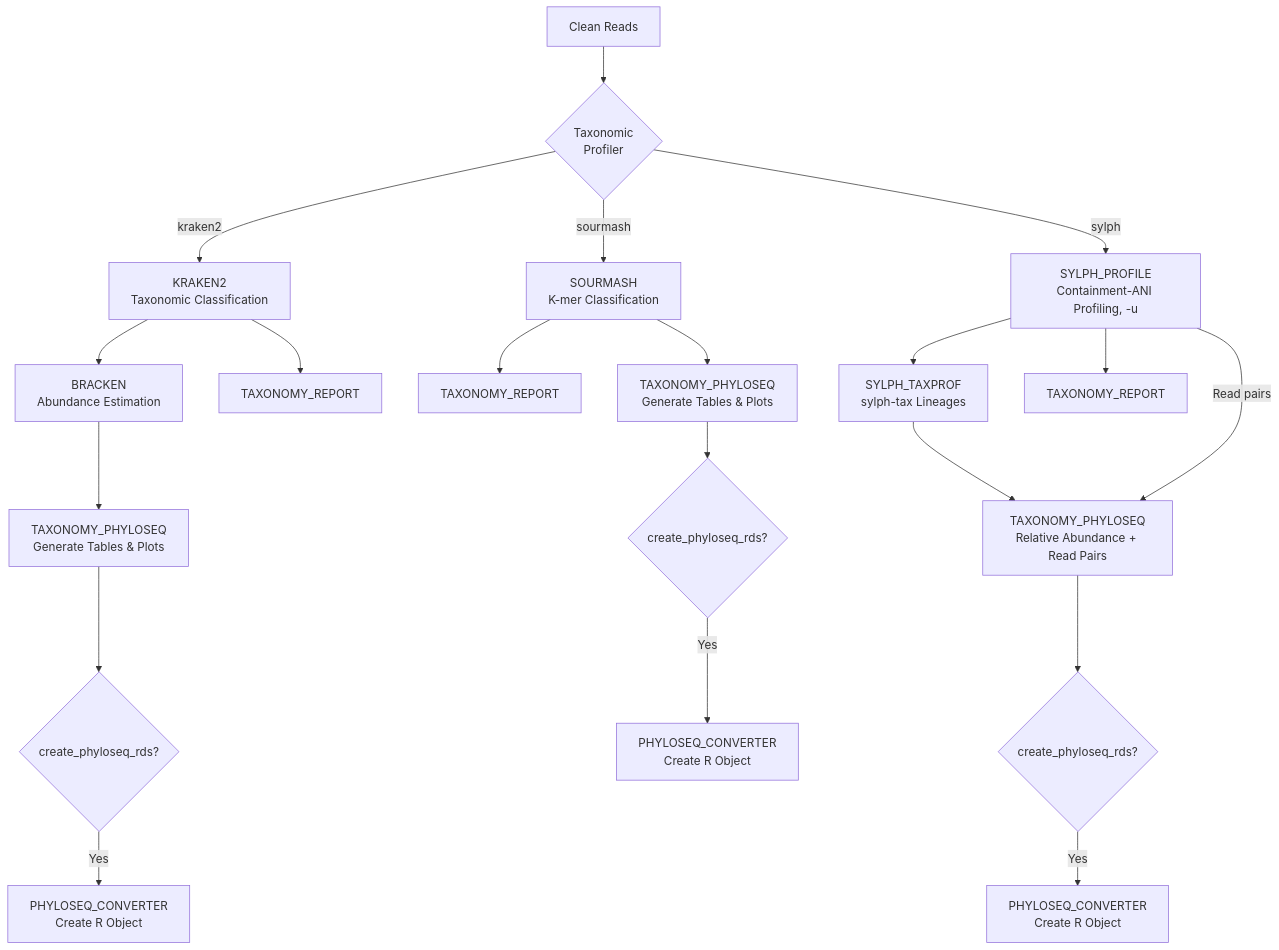
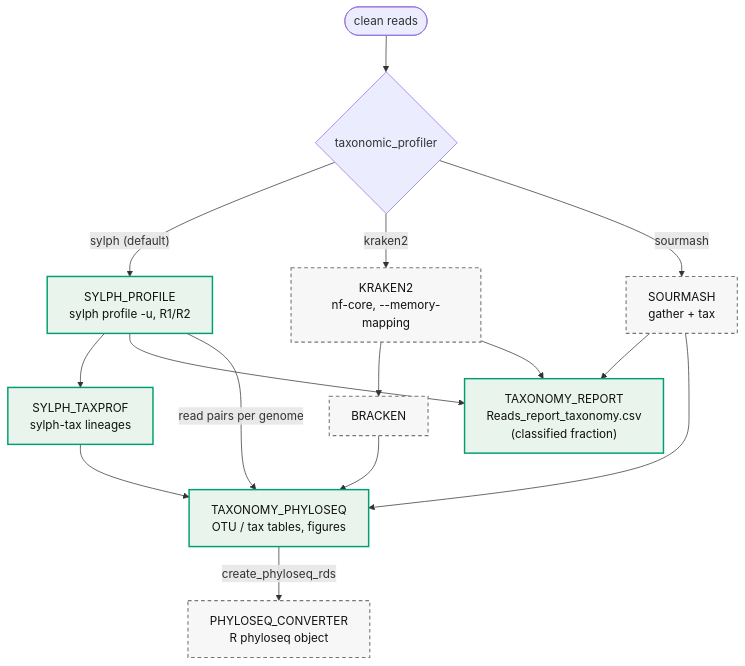
Before and after one commit to gene2dis/BugBuster: the fifth of 13 diagrams in docs/WORKFLOW_DIAGRAM.md, drawn with Mermaid. The commit also changed other lines of this file and 2 other files, not shown here.

First line of the commit message:
docs(diagrams): bring WORKFLOW_DIAGRAM.md in step with main.nf (roadmap D1)

````diff
--- a/docs/WORKFLOW_DIAGRAM.md
+++ b/docs/WORKFLOW_DIAGRAM.md
@@ -183,25 +208,19 @@
 ```mermaid
 flowchart TD
-    Reads[Clean Reads] --> Profiler{Taxonomic<br/>Profiler}
-    
-    Profiler -->|kraken2| Kraken2[KRAKEN2<br/>Taxonomic Classification]
-    Kraken2 --> Bracken[BRACKEN<br/>Abundance Estimation]
-    Kraken2 --> TaxReport1[TAXONOMY_REPORT]
-    Bracken --> TaxPhylo1[TAXONOMY_PHYLOSEQ<br/>Generate Tables & Plots]
-    TaxPhylo1 --> PhyloOpt1{create_phyloseq_rds?}
-    PhyloOpt1 -->|Yes| PhyloConv1[PHYLOSEQ_CONVERTER<br/>Create R Object]
-    
-    Profiler -->|sourmash| Sourmash[SOURMASH<br/>K-mer Classification]
-    Sourmash --> TaxReport2[TAXONOMY_REPORT]
-    Sourmash --> TaxPhylo2[TAXONOMY_PHYLOSEQ<br/>Generate Tables & Plots]
-    TaxPhylo2 --> PhyloOpt2{create_phyloseq_rds?}
-    PhyloOpt2 -->|Yes| PhyloConv2[PHYLOSEQ_CONVERTER<br/>Create R Object]
+    Clean(["clean reads"]) --> Prof{taxonomic_profiler}
+    Prof -->|"sylph (default)"| SYLPH_PROFILE["SYLPH_PROFILE<br/>sylph profile -u, R1/R2"]
+    SYLPH_PROFILE --> SYLPH_TAXPROF["SYLPH_TAXPROF<br/>sylph-tax lineages"]
+    Prof -->|kraken2| KRAKEN2["KRAKEN2<br/>nf-core, --memory-mapping"]
+    KRAKEN2 --> BRACKEN
+    Prof -->|sourmash| SOURMASH["SOURMASH<br/>gather + tax"]
 
-    Profiler -->|sylph| SylphProf[SYLPH_PROFILE<br/>Containment-ANI Profiling, -u]
-    SylphProf --> SylphTaxprof[SYLPH_TAXPROF<br/>sylph-tax Lineages]
-    SylphProf --> TaxReport3[TAXONOMY_REPORT]
-    SylphTaxprof --> TaxPhylo3[TAXONOMY_PHYLOSEQ<br/>Relative Abundance + Read Pairs]
-    SylphProf -->|Read pairs| TaxPhylo3
-    TaxPhylo3 --> PhyloOpt3{create_phyloseq_rds?}
-    PhyloOpt3 -->|Yes| PhyloConv3[PHYLOSEQ_CONVERTER<br/>Create R Object]
+    SYLPH_PROFILE & KRAKEN2 & SOURMASH --> TAXONOMY_REPORT["TAXONOMY_REPORT<br/>Reads_report_taxonomy.csv<br/>(classified fraction)"]
+    SYLPH_TAXPROF & BRACKEN & SOURMASH --> TAXONOMY_PHYLOSEQ["TAXONOMY_PHYLOSEQ<br/>OTU / tax tables, figures"]
+    SYLPH_PROFILE -->|read pairs per genome| TAXONOMY_PHYLOSEQ
+    TAXONOMY_PHYLOSEQ -->|create_phyloseq_rds| PHYLOSEQ_CONVERTER["PHYLOSEQ_CONVERTER<br/>R phyloseq object"]
+
+    classDef on fill:#E8F4EC,stroke:#009E73,stroke-width:2px,color:#111
+    classDef opt fill:#F7F7F7,stroke:#777,stroke-width:1.5px,stroke-dasharray:5 4,color:#111
+    class SYLPH_PROFILE,SYLPH_TAXPROF,TAXONOMY_REPORT,TAXONOMY_PHYLOSEQ on
+    class KRAKEN2,BRACKEN,SOURMASH,PHYLOSEQ_CONVERTER opt
 ```
````
